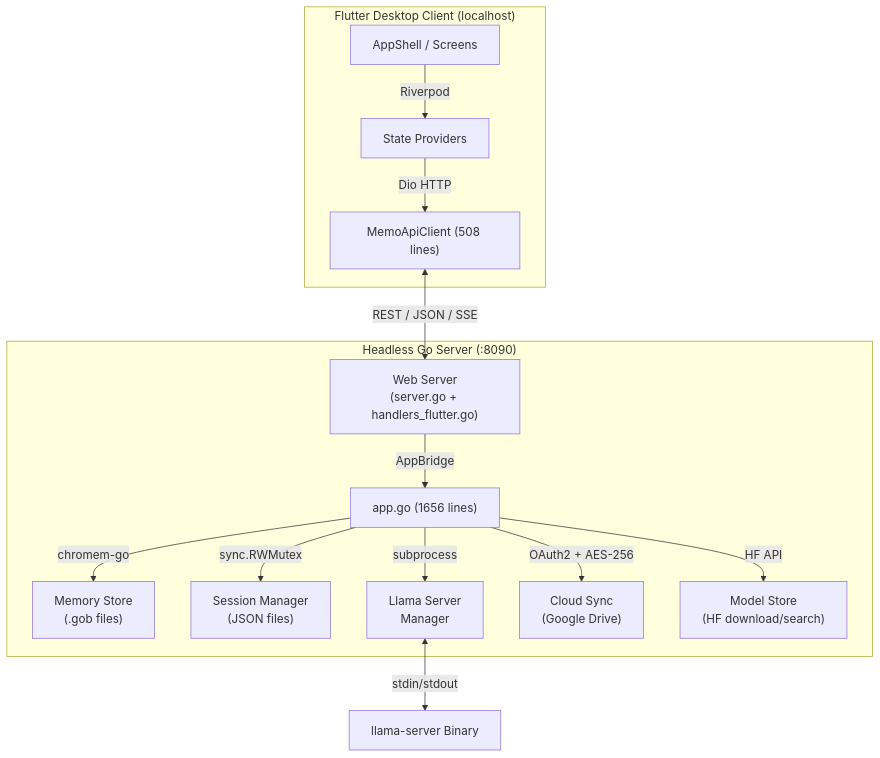
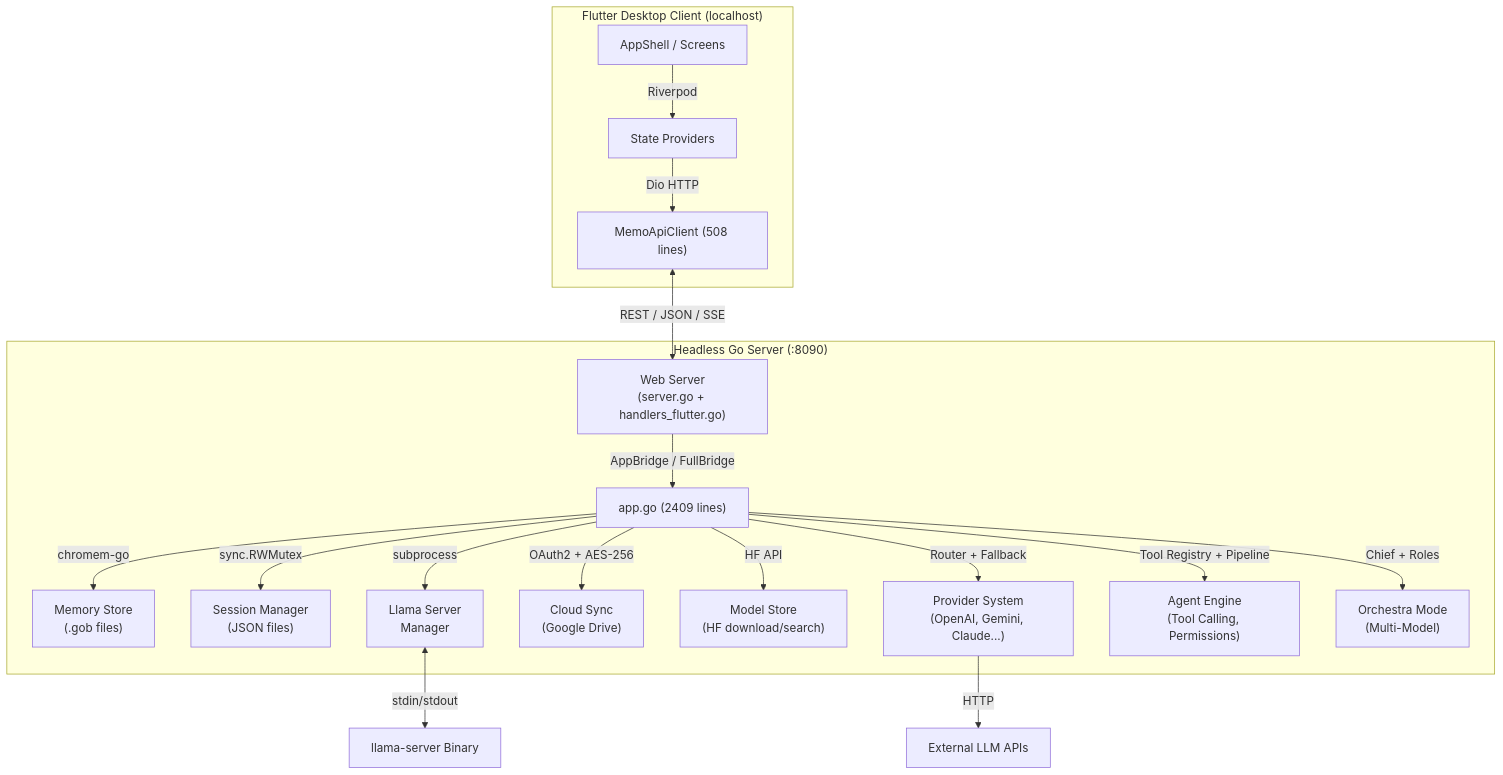
Before and after one commit to BugraAkdemir/memo: the first of 3 diagrams in architecture.md, drawn with Mermaid. The commit also changed other lines of this file and 66 other files, not shown here.

First line of the commit message:
feat: add agent execution engine with streaming support to App

````diff
--- a/architecture.md
+++ b/architecture.md
@@ -9,20 +9,24 @@
 ```mermaid
 graph TB
     subgraph Frontend["Flutter Desktop Client (localhost)"]
         UI["AppShell / Screens"] -->|Riverpod| States["State Providers"]
         States -->|Dio HTTP| API["MemoApiClient (508 lines)"]
     end
 
     subgraph Backend["Headless Go Server (:8090)"]
         WS["Web Server<br/>(server.go + handlers_flutter.go)"]
-        WS -->|AppBridge| APP["app.go (1656 lines)"]
+        WS -->|AppBridge / FullBridge| APP["app.go (2409 lines)"]
         APP -->|chromem-go| MEM["Memory Store<br/>(.gob files)"]
         APP -->|sync.RWMutex| SES["Session Manager<br/>(JSON files)"]
         APP -->|subprocess| LLAMA["Llama Server<br/>Manager"]
         APP -->|OAuth2 + AES-256| SYNC["Cloud Sync<br/>(Google Drive)"]
         APP -->|HF API| MODEL["Model Store<br/>(HF download/search)"]
+        APP -->|Router + Fallback| PROV["Provider System<br/>(OpenAI, Gemini, Claude...)"]
+        APP -->|Tool Registry + Pipeline| AGENT["Agent Engine<br/>(Tool Calling, Permissions)"]
+        APP -->|Chief + Roles| ORCH["Orchestra Mode<br/>(Multi-Model)"]
     end
 
     API <-->|"REST / JSON / SSE"| WS
     LLAMA <-->|"stdin/stdout"| CP["llama-server Binary"]
+    PROV -->|"HTTP"| EXT["External LLM APIs"]
 ```
````
